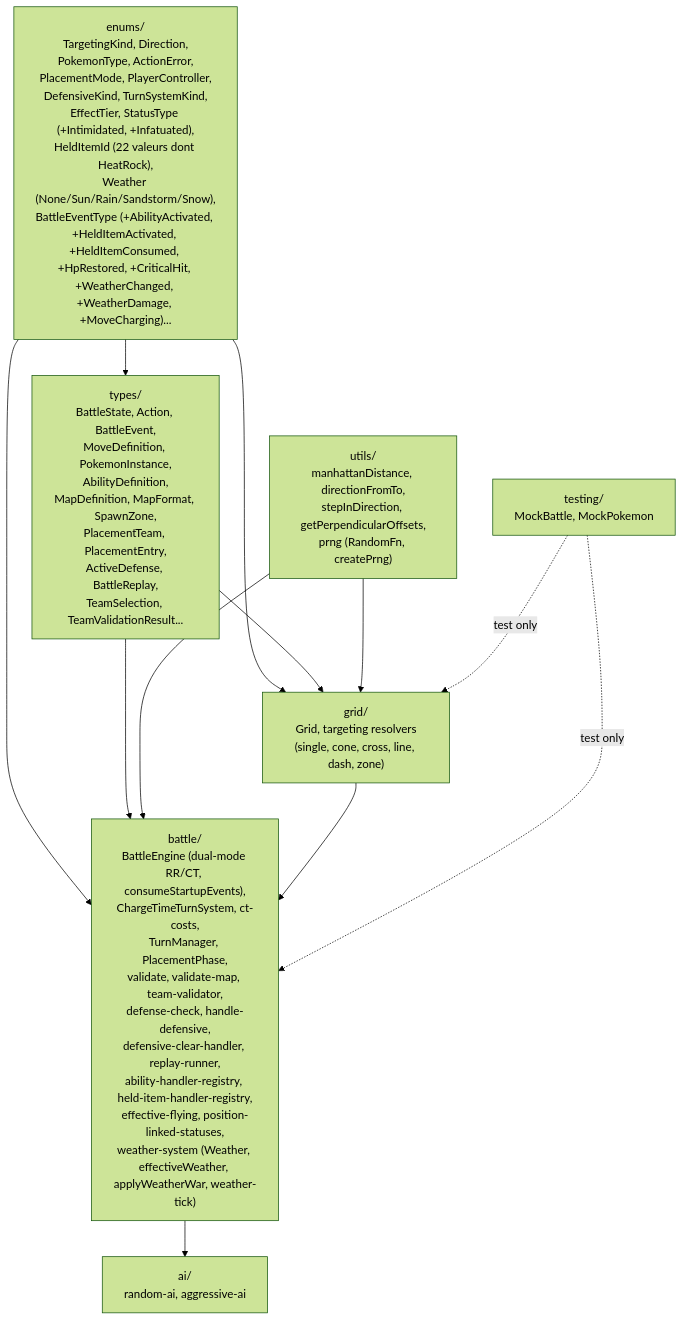
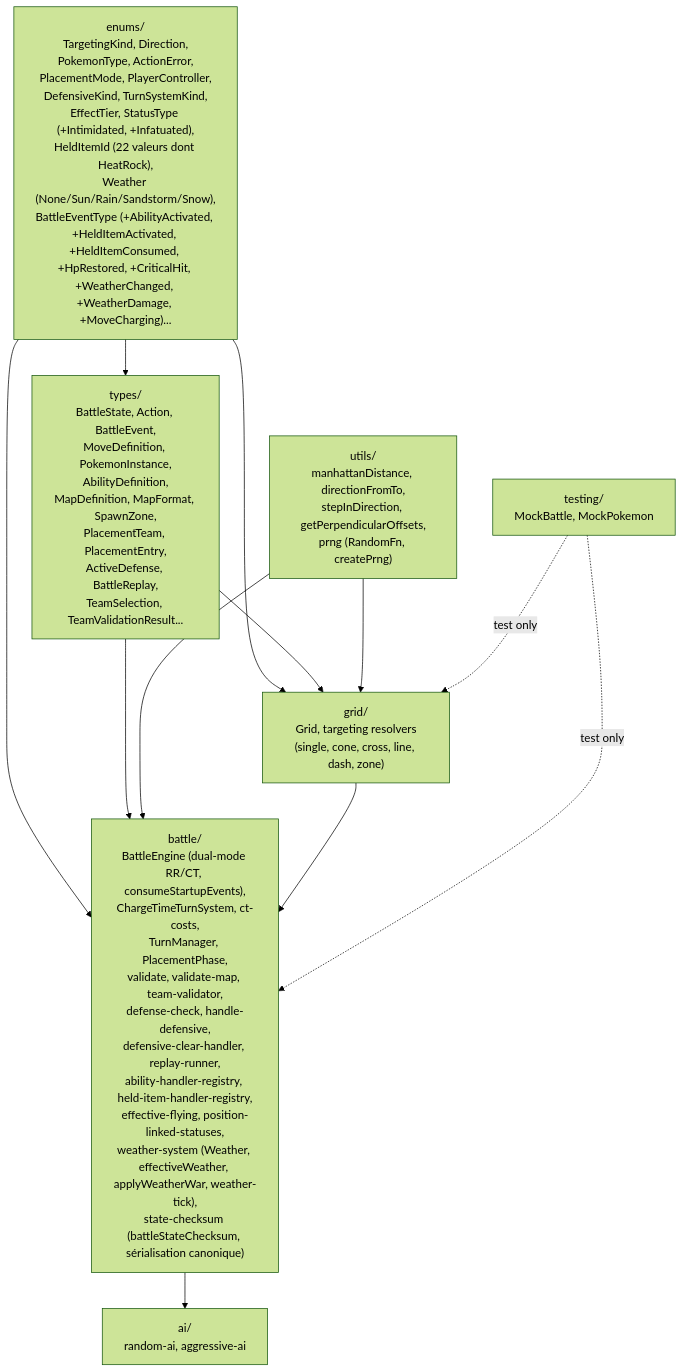
Before and after one commit to kekel87/pokemon-tactics: the second of 4 diagrams in docs/architecture.md, drawn with Mermaid (forest theme). The commit also changed other lines of this file and 10 other files, not shown here.

````diff
--- a/docs/architecture.md
+++ b/docs/architecture.md
@@ -396,22 +396,22 @@
 ```mermaid
 graph TD
     enums["enums/<br/>TargetingKind, Direction,<br/>PokemonType, ActionError,<br/>PlacementMode, PlayerController,<br/>DefensiveKind, TurnSystemKind,<br/>EffectTier, StatusType (+Intimidated, +Infatuated),<br/>HeldItemId (22 valeurs dont HeatRock),<br/>Weather (None/Sun/Rain/Sandstorm/Snow),<br/>BattleEventType (+AbilityActivated, +HeldItemActivated, +HeldItemConsumed, +HpRestored, +CriticalHit, +WeatherChanged, +WeatherDamage, +MoveCharging)..."]
     types["types/<br/>BattleState, Action, BattleEvent,<br/>MoveDefinition, PokemonInstance,<br/>AbilityDefinition,<br/>MapDefinition, MapFormat, SpawnZone,<br/>PlacementTeam, PlacementEntry,<br/>ActiveDefense, BattleReplay,<br/>TeamSelection, TeamValidationResult..."]
     utils["utils/<br/>manhattanDistance, directionFromTo,<br/>stepInDirection, getPerpendicularOffsets,<br/>prng (RandomFn, createPrng)"]
     grid["grid/<br/>Grid, targeting resolvers<br/>(single, cone, cross, line, dash, zone)"]
-    battle["battle/<br/>BattleEngine (dual-mode RR/CT, consumeStartupEvents),<br/>ChargeTimeTurnSystem, ct-costs,<br/>TurnManager, PlacementPhase,<br/>validate, validate-map, team-validator,<br/>defense-check, handle-defensive,<br/>defensive-clear-handler, replay-runner,<br/>ability-handler-registry, held-item-handler-registry,<br/>effective-flying, position-linked-statuses,<br/>weather-system (Weather, effectiveWeather, applyWeatherWar, weather-tick)"]
+    battle["battle/<br/>BattleEngine (dual-mode RR/CT, consumeStartupEvents),<br/>ChargeTimeTurnSystem, ct-costs,<br/>TurnManager, PlacementPhase,<br/>validate, validate-map, team-validator,<br/>defense-check, handle-defensive,<br/>defensive-clear-handler, replay-runner,<br/>ability-handler-registry, held-item-handler-registry,<br/>effective-flying, position-linked-statuses,<br/>weather-system (Weather, effectiveWeather, applyWeatherWar, weather-tick),<br/>state-checksum (battleStateChecksum, sérialisation canonique)"]
     ai["ai/<br/>random-ai, aggressive-ai"]
     testing["testing/<br/>MockBattle, MockPokemon"]
 
     enums --> types
     enums --> grid
     enums --> battle
     types --> grid
     types --> battle
     utils --> grid
     utils --> battle
     grid --> battle
     battle --> ai
     testing -.->|test only| battle
     testing -.->|test only| grid
 ```
````
